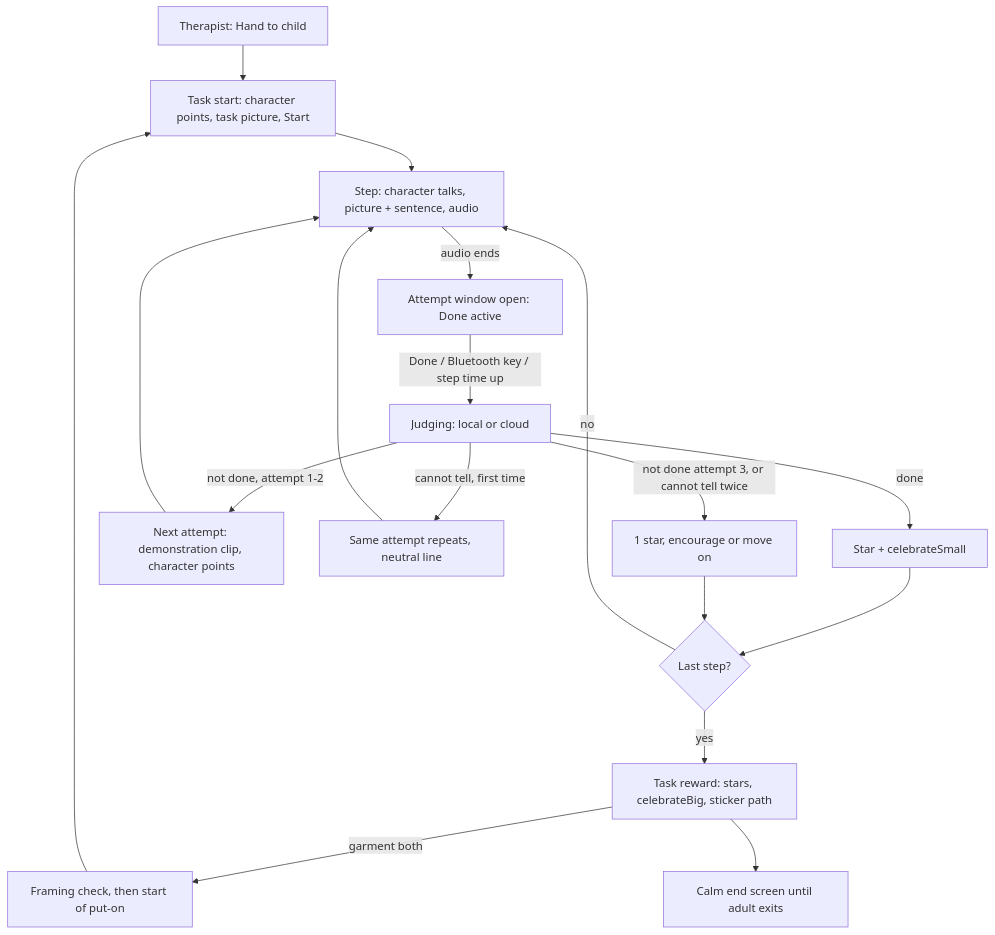
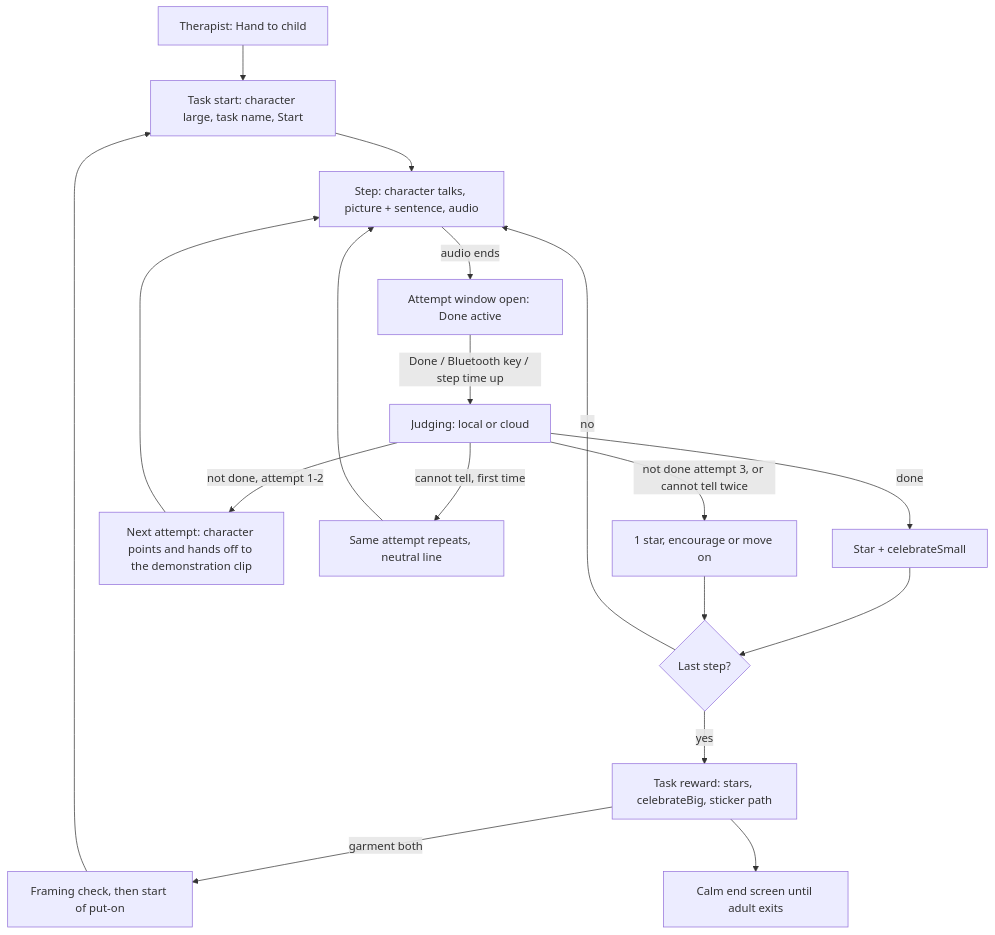
Before and after one commit to bosamraprivate-cloud/skill-motion: the diagram in docs/flows/child-flow.md, drawn with Mermaid. The commit also changed other lines of this file and 50 other files, not shown here.

Commit message:
feat: portrait on tablets, calm transitions, child step staging (character hero, hand-off, clip), task readiness, settings sections, calm screen pinning

````diff
--- a/docs/flows/child-flow.md
+++ b/docs/flows/child-flow.md
@@ -9,20 +9,20 @@
 ```mermaid
 flowchart TD
-    A[Therapist: Hand to child] --> B[Task start: character points, task picture, Start]
+    A[Therapist: Hand to child] --> B[Task start: character large, task name, Start]
     B --> C[Step: character talks, picture + sentence, audio]
     C -->|audio ends| D[Attempt window open: Done active]
     D -->|Done / Bluetooth key / step time up| E[Judging: local or cloud]
     E -->|done| F[Star + celebrateSmall]
-    E -->|not done, attempt 1-2| G[Next attempt: demonstration clip, character points]
+    E -->|not done, attempt 1-2| G[Next attempt: character points and hands off to the demonstration clip]
     G --> C
     E -->|cannot tell, first time| H[Same attempt repeats, neutral line]
     H --> C
     E -->|not done attempt 3, or cannot tell twice| I[1 star, encourage or move on]
     F --> J{Last step?}
     I --> J
     J -->|no| C
     J -->|yes| K[Task reward: stars, celebrateBig, sticker path]
     K -->|garment both| L[Framing check, then start of put-on]
     L --> B
     K --> M[Calm end screen until adult exits]
 ```
````
